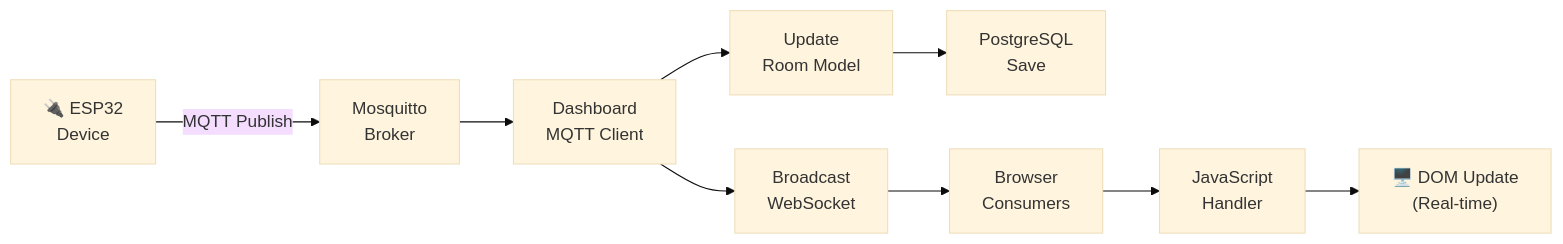
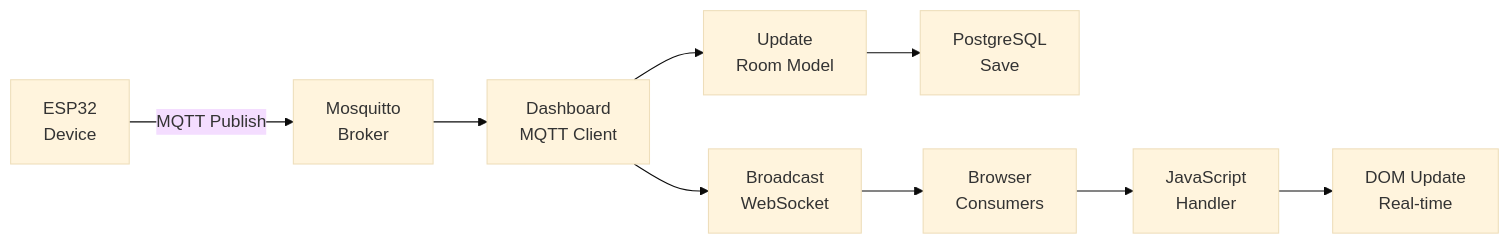
The second of 3 diagrams in dashboards/django_app/README.md (omarmx9/smart-hotel), drawn with Mermaid (base theme) before and after one commit. The commit also changed other lines of this file and 3 other files, not shown here.

Commit message:
docs: Update Mermaid diagrams for consistency and clarity in documentation

````diff
--- a/dashboards/django_app/README.md
+++ b/dashboards/django_app/README.md
@@ -115,11 +115,11 @@
 ```mermaid
 flowchart LR
-    A["🔌 ESP32<br/>Device"] -->|MQTT Publish| B["Mosquitto<br/>Broker"]
+    A["ESP32<br/>Device"] -->|MQTT Publish| B["Mosquitto<br/>Broker"]
     B --> C["Dashboard<br/>MQTT Client"]
     C --> D["Update<br/>Room Model"]
     C --> E["Broadcast<br/>WebSocket"]
     D --> F["PostgreSQL<br/>Save"]
     E --> G["Browser<br/>Consumers"]
     G --> H["JavaScript<br/>Handler"]
-    H --> I["🖥️ DOM Update<br/>(Real-time)"]
+    H --> I["DOM Update<br/>Real-time"]
 ```
````
